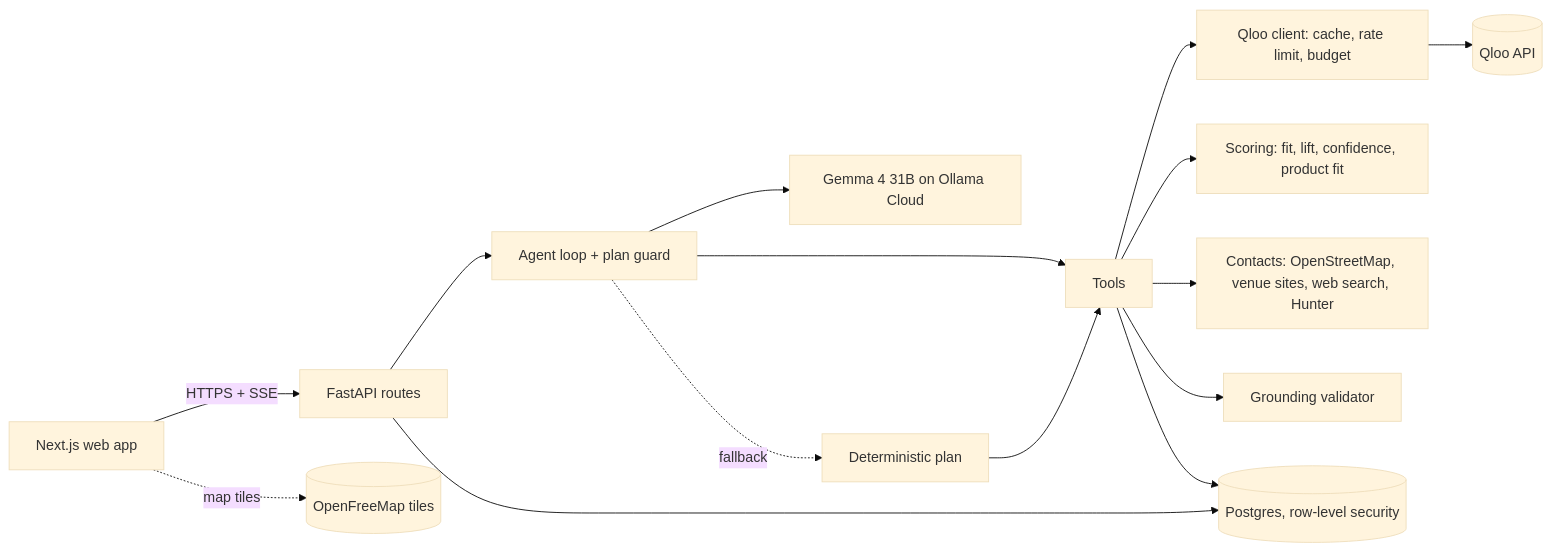
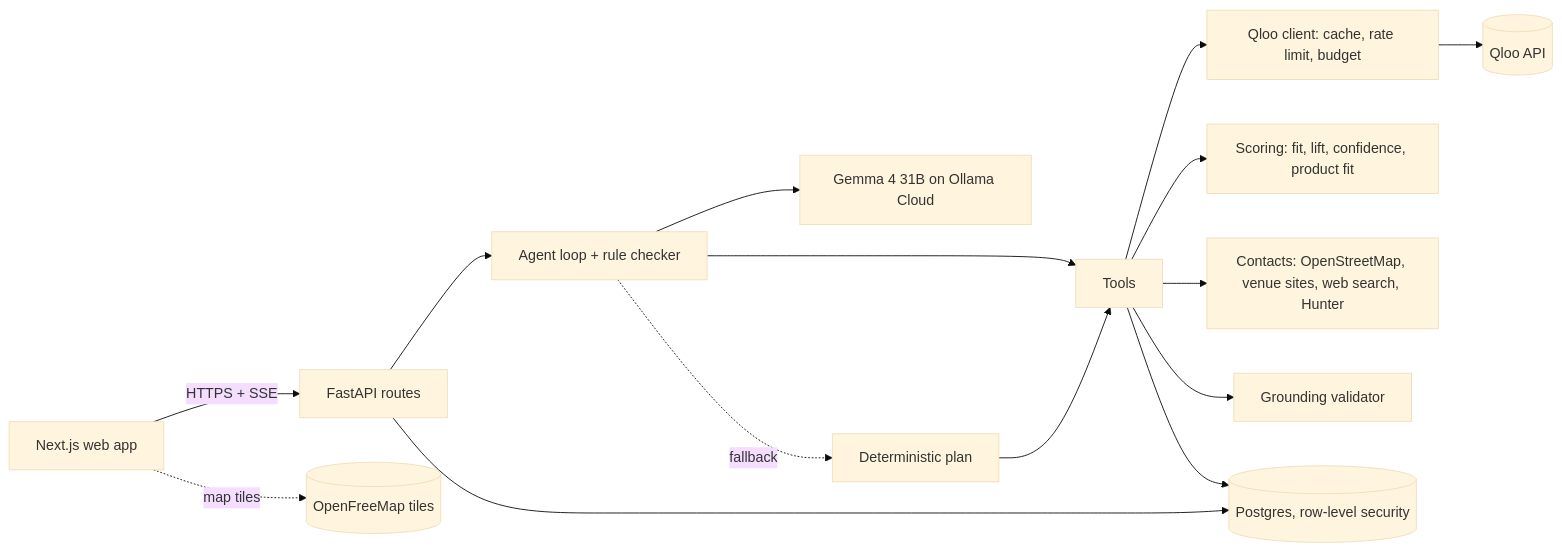
The diagram in README.md (divyanshu-patil/TasteRoute), drawn with Mermaid (base theme) before and after one commit. The commit also changed other lines of this file and 25 other files, not shown here.

````diff
--- a/README.md
+++ b/README.md
@@ -55,15 +55,15 @@
 ```mermaid
 flowchart LR
   W[Next.js web app] -- HTTPS + SSE --> R[FastAPI routes]
-  R --> AG[Agent loop + plan guard]
+  R --> AG[Agent loop + rule checker]
   AG --> LLM[Gemma 4 31B on Ollama Cloud]
   AG --> T[Tools]
   AG -. fallback .-> DP[Deterministic plan] --> T
   T --> Q[Qloo client: cache, rate limit, budget] --> QL[(Qloo API)]
   T --> S[Scoring: fit, lift, confidence, product fit]
   T --> X[Contacts: OpenStreetMap, venue sites, web search, Hunter]
   T --> G[Grounding validator]
   R --> DB[(Postgres, row-level security)]
   T --> DB
   W -. map tiles .-> OSM[(OpenFreeMap tiles)]
 ```
````
